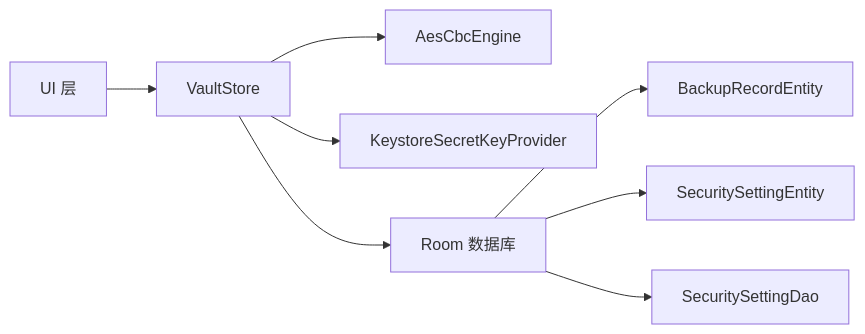
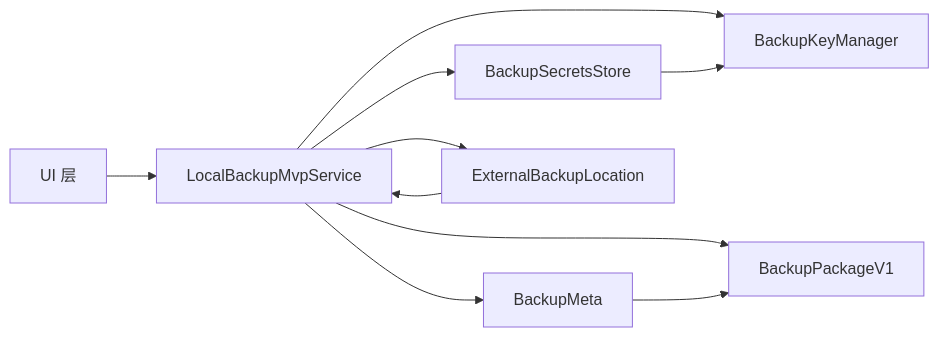
Before and after one commit to wanhongbo/ai-photo-vault: the sixth of 6 diagrams in .qoder/repowiki/zh/content/项目概述/核心功能特性/备份恢复系统.md, drawn with Mermaid. The commit also changed other lines of this file and 22 other files, not shown here.

````diff
--- a/.qoder/repowiki/zh/content/项目概述/核心功能特性/备份恢复系统.md
+++ b/.qoder/repowiki/zh/content/项目概述/核心功能特性/备份恢复系统.md
@@ -270,10 +314,12 @@
 ```mermaid
 graph LR
-UI["UI 层"] --> VS["VaultStore"]
-VS --> ENC["AesCbcEngine"]
-VS --> KS["KeystoreSecretKeyProvider"]
-VS --> DB["Room 数据库"]
-DB --> BRE["BackupRecordEntity"]
-DB --> SSE["SecuritySettingEntity"]
-DB --> SSD["SecuritySettingDao"]
+UI["UI 层"] --> LBM["LocalBackupMvpService"]
+LBM --> BKM["BackupKeyManager"]
+LBM --> BSS["BackupSecretsStore"]
+LBM --> BM["BackupMeta"]
+LBM --> EBL["ExternalBackupLocation"]
+LBM --> BPK["BackupPackageV1"]
+BSS --> BKM
+BM --> BPK
+EBL --> LBM
 ```
````
